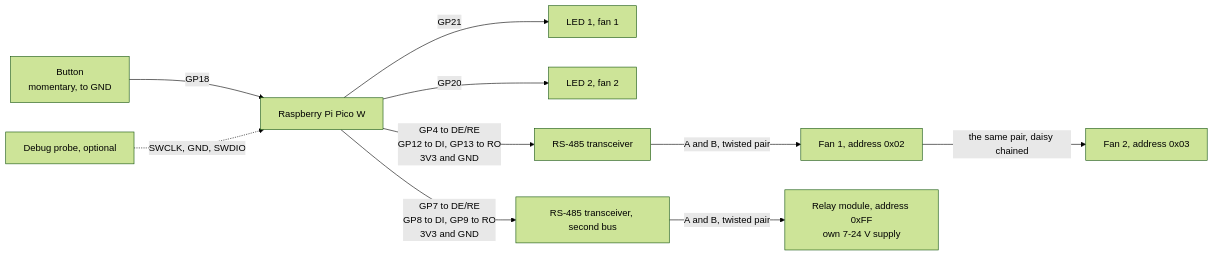
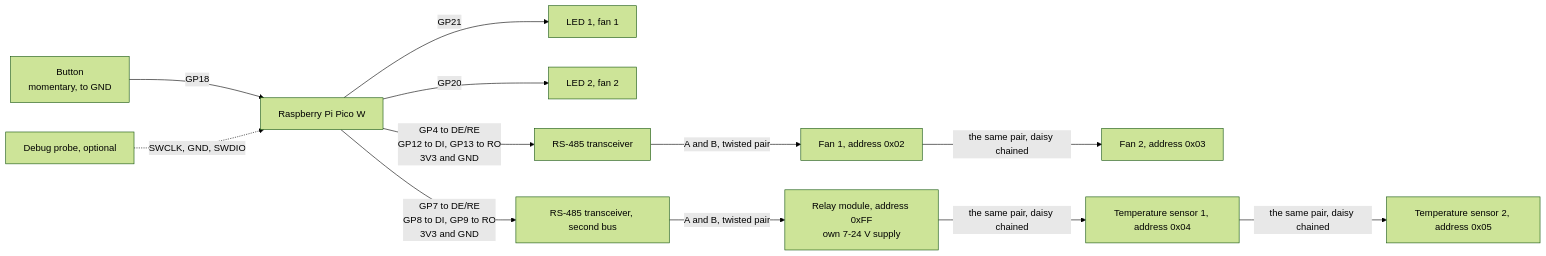
Before and after one commit to SantaClaas/embedded-fan-control: the diagram in fan-controller/documentation.md, drawn with Mermaid (forest theme). The commit also changed other lines of this file and 4 other files, not shown here.

````diff
--- a/fan-controller/documentation.md
+++ b/fan-controller/documentation.md
@@ -85,12 +98,14 @@
 ```mermaid
 flowchart LR
     BUTTON[Button<br/>momentary, to GND] -- GP18 --> PICO
     PICO -- GP21 --> LED1[LED 1, fan 1]
     PICO -- GP20 --> LED2[LED 2, fan 2]
     PICO[Raspberry Pi Pico W] -- "GP4 to DE/RE<br/>GP12 to DI, GP13 to RO<br/>3V3 and GND" --> TRANSCEIVER[RS-485 transceiver]
     TRANSCEIVER -- "A and B, twisted pair" --> FAN1[Fan 1, address 0x02]
     FAN1 -- "the same pair, daisy chained" --> FAN2[Fan 2, address 0x03]
     PICO -- "GP7 to DE/RE<br/>GP8 to DI, GP9 to RO<br/>3V3 and GND" --> TRANSCEIVER2[RS-485 transceiver, second bus]
     TRANSCEIVER2 -- "A and B, twisted pair" --> RELAY[Relay module, address 0xFF<br/>own 7-24 V supply]
+    RELAY -- "the same pair, daisy chained" --> TEMPERATURE1[Temperature sensor 1, address 0x04]
+    TEMPERATURE1 -- "the same pair, daisy chained" --> TEMPERATURE2[Temperature sensor 2, address 0x05]
     PROBE[Debug probe, optional] -. "SWCLK, GND, SWDIO" .-> PICO
 ```
````
